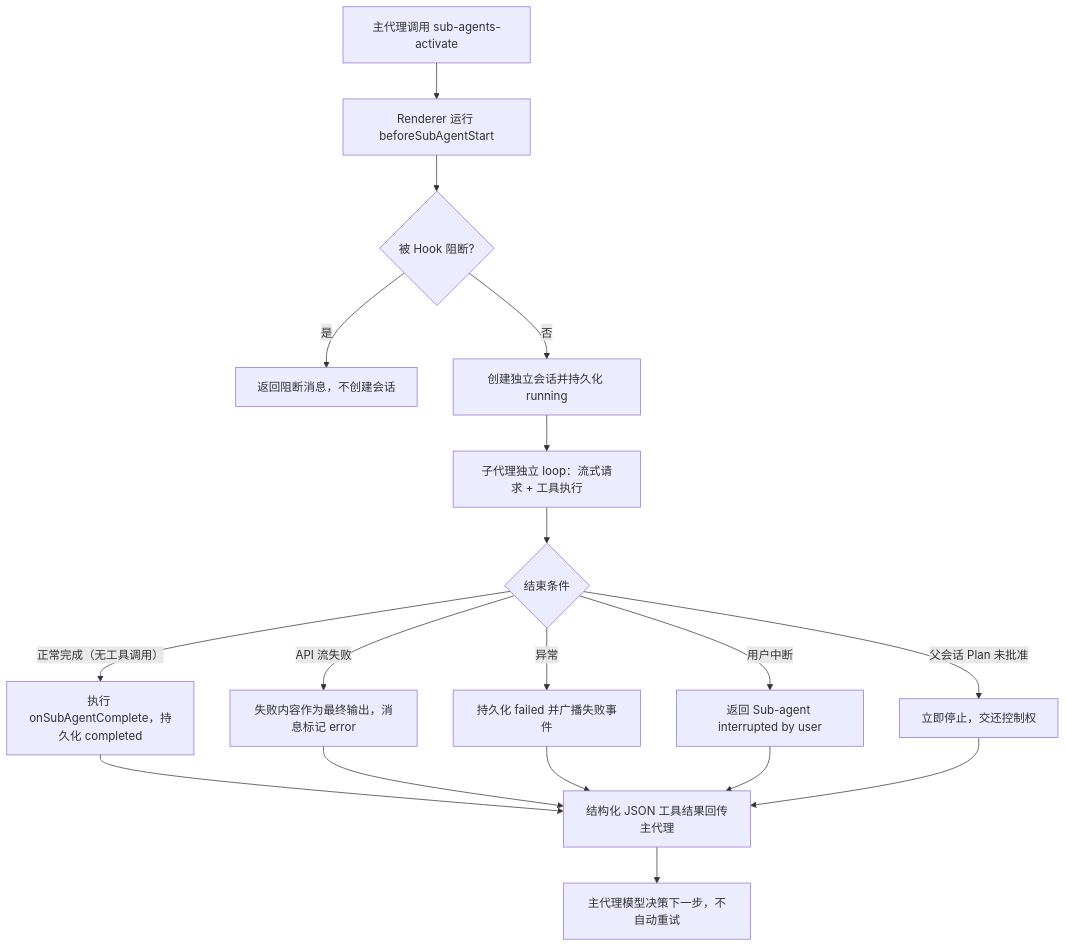
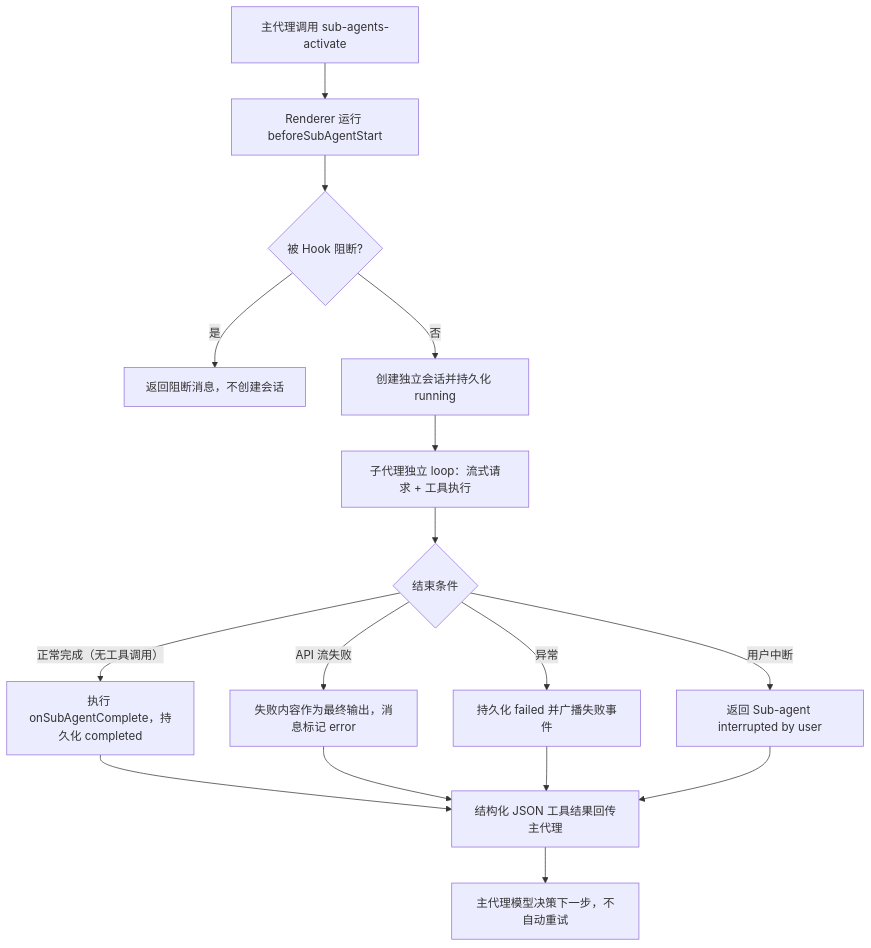
Before and after one commit to BaSui01/snow-app: diagram 18 of 23 in docs/zh-CN/4-架构与开发/4-Agent运行时与工具编排.md, drawn with Mermaid. The commit also changed other lines of this file and 135 other files, not shown here.

````diff
--- a/docs/zh-CN/4-架构与开发/4-Agent运行时与工具编排.md
+++ b/docs/zh-CN/4-架构与开发/4-Agent运行时与工具编排.md
@@ -660,20 +658,18 @@
 ```mermaid
 flowchart TD
     A[主代理调用 sub-agents-activate] --> B[Renderer 运行 beforeSubAgentStart]
     B --> C{被 Hook 阻断?}
     C -->|是| X[返回阻断消息，不创建会话]
     C -->|否| D[创建独立会话并持久化 running]
     D --> E[子代理独立 loop：流式请求 + 工具执行]
     E --> F{结束条件}
     F -->|正常完成（无工具调用）| G[执行 onSubAgentComplete，持久化 completed]
     F -->|API 流失败| H[失败内容作为最终输出，消息标记 error]
     F -->|异常| I[持久化 failed 并广播失败事件]
     F -->|用户中断| J[返回 Sub-agent interrupted by user]
-    F -->|父会话 Plan 未批准| K[立即停止，交还控制权]
     G --> L[结构化 JSON 工具结果回传主代理]
     H --> L
     I --> L
     J --> L
-    K --> L
     L --> M[主代理模型决策下一步，不自动重试]
 ```
````
